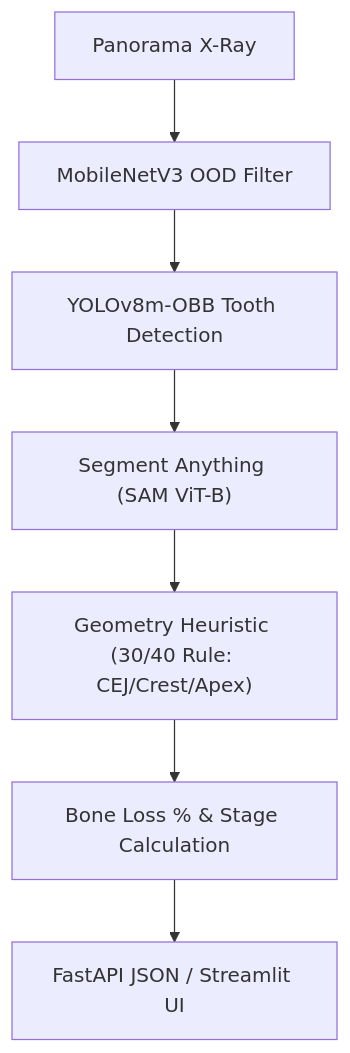
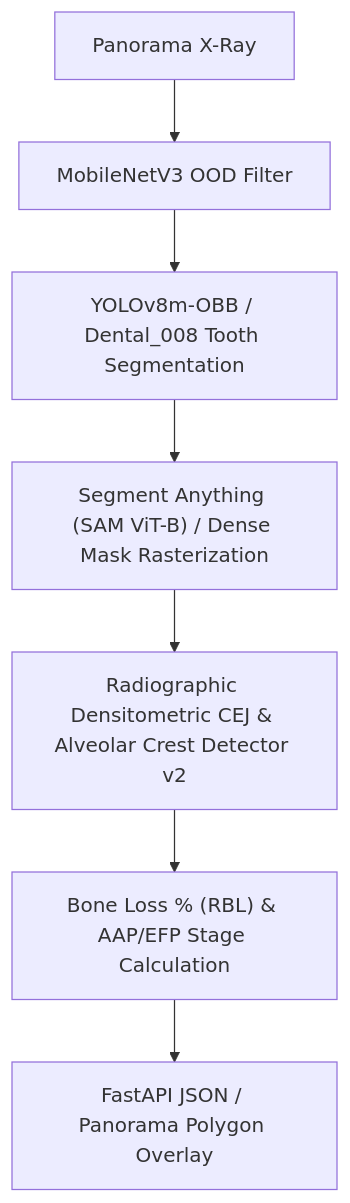
The diagram in README.md (HyunchanAn/Dental_003), drawn with Mermaid before and after one commit. The commit also changed other lines of this file and 3 other files, not shown here.

Commit message:
feat(boneloss): implement radiographic densitometric CEJ/crest detector v2 and activate model

````diff
--- a/README.md
+++ b/README.md
@@ -39,9 +39,9 @@
 ```mermaid
 graph TD
     A["Panorama X-Ray"] --> B["MobileNetV3 OOD Filter"]
-    B --> C["YOLOv8m-OBB Tooth Detection"]
-    C --> D["Segment Anything (SAM ViT-B)"]
-    D --> E["Geometry Heuristic (30/40 Rule: CEJ/Crest/Apex)"]
-    E --> F["Bone Loss % & Stage Calculation"]
-    F --> G["FastAPI JSON / Streamlit UI"]
+    B --> C["YOLOv8m-OBB / Dental_008 Tooth Segmentation"]
+    C --> D["Segment Anything (SAM ViT-B) / Dense Mask Rasterization"]
+    D --> E["Radiographic Densitometric CEJ & Alveolar Crest Detector v2"]
+    E --> F["Bone Loss % (RBL) & AAP/EFP Stage Calculation"]
+    F --> G["FastAPI JSON / Panorama Polygon Overlay"]
 ```
````
